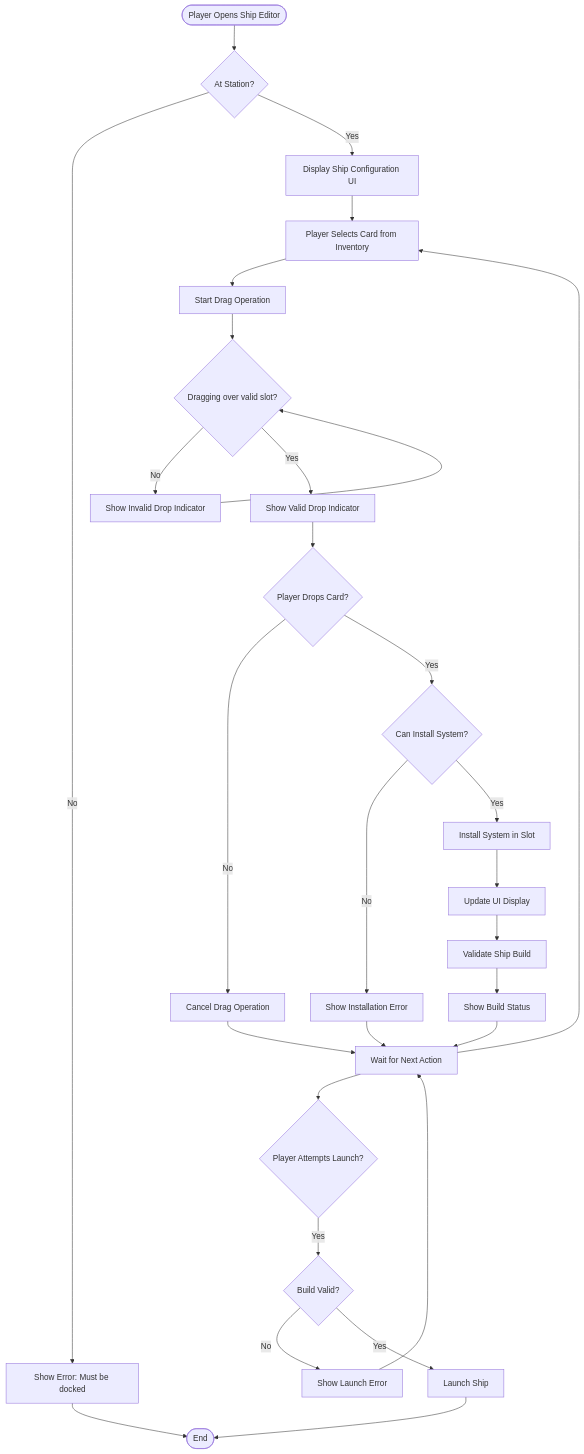
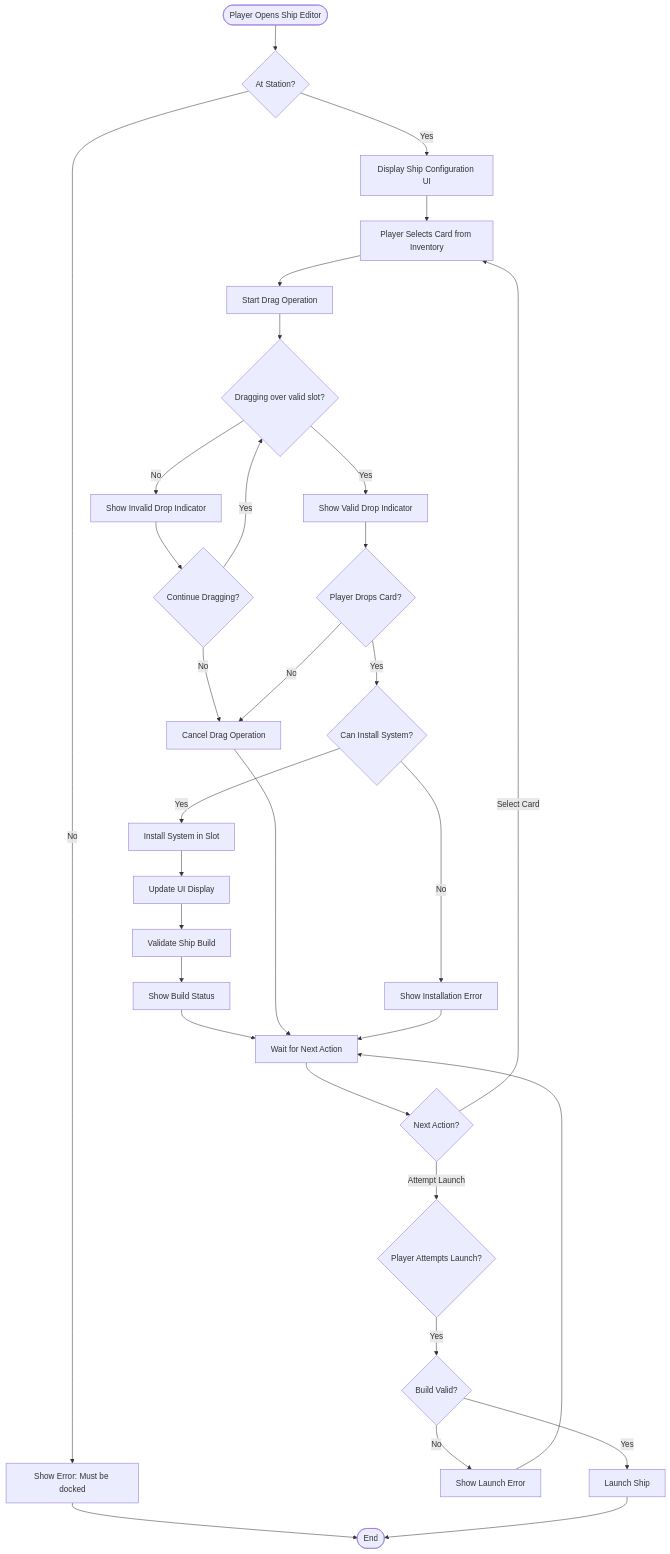
The sixth of 13 diagrams in docs/system_architecture.md (thoracle/planetz), drawn with Mermaid before and after one commit. The commit also changed other lines of this file and 98 other files, not shown here.

````diff
--- a/docs/system_architecture.md
+++ b/docs/system_architecture.md
@@ -279,41 +279,45 @@
 ```mermaid
 flowchart TD
     Start([Player Opens Ship Editor]) --> CheckDocked{At Station?}
     CheckDocked -->|No| ShowError[Show Error: Must be docked]
     CheckDocked -->|Yes| ShowUI[Display Ship Configuration UI]
     
     ShowUI --> SelectCard[Player Selects Card from Inventory]
     SelectCard --> StartDrag[Start Drag Operation]
     StartDrag --> DragOver{Dragging over valid slot?}
     
     DragOver -->|No| ShowInvalid[Show Invalid Drop Indicator]
     DragOver -->|Yes| ShowValid[Show Valid Drop Indicator]
     
-    ShowInvalid --> DragOver
+    ShowInvalid --> DragContinue{Continue Dragging?}
+    DragContinue -->|Yes| DragOver
+    DragContinue -->|No| CancelDrag[Cancel Drag Operation]
+    
     ShowValid --> Drop{Player Drops Card?}
     
-    Drop -->|No| CancelDrag[Cancel Drag Operation]
+    Drop -->|No| CancelDrag
     Drop -->|Yes| ValidateInstall{Can Install System?}
     
     ValidateInstall -->|No| ShowInstallError[Show Installation Error]
     ValidateInstall -->|Yes| InstallSystem[Install System in Slot]
     
     InstallSystem --> UpdateUI[Update UI Display]
     UpdateUI --> ValidateBuild[Validate Ship Build]
     
     ValidateBuild --> ShowBuildStatus[Show Build Status]
     ShowBuildStatus --> WaitAction[Wait for Next Action]
     
-    WaitAction --> SelectCard
-    WaitAction --> AttemptLaunch{Player Attempts Launch?}
+    WaitAction --> NextAction{Next Action?}
+    NextAction -->|Select Card| SelectCard
+    NextAction -->|Attempt Launch| AttemptLaunch{Player Attempts Launch?}
     
     AttemptLaunch -->|Yes| FinalValidation{Build Valid?}
     FinalValidation -->|No| ShowLaunchError[Show Launch Error]
     FinalValidation -->|Yes| Launch[Launch Ship]
     
     ShowError --> End([End])
     CancelDrag --> WaitAction
     ShowInstallError --> WaitAction
     ShowLaunchError --> WaitAction
     Launch --> End
 ```
````
